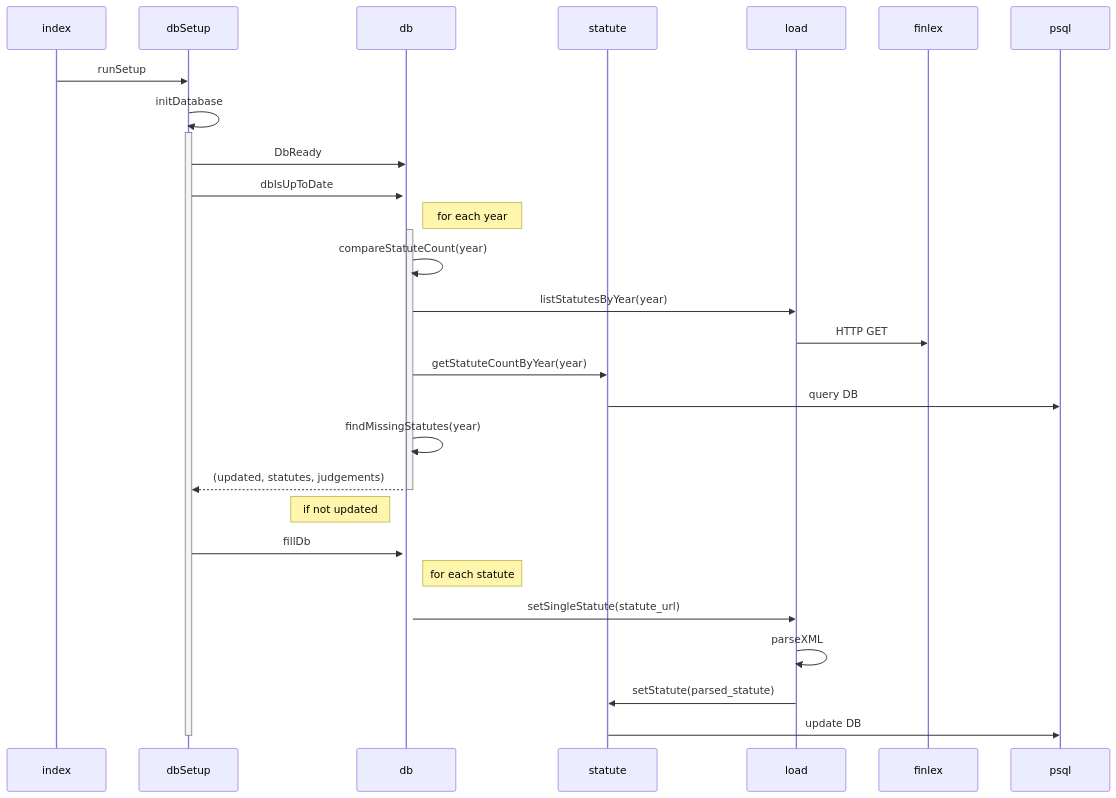
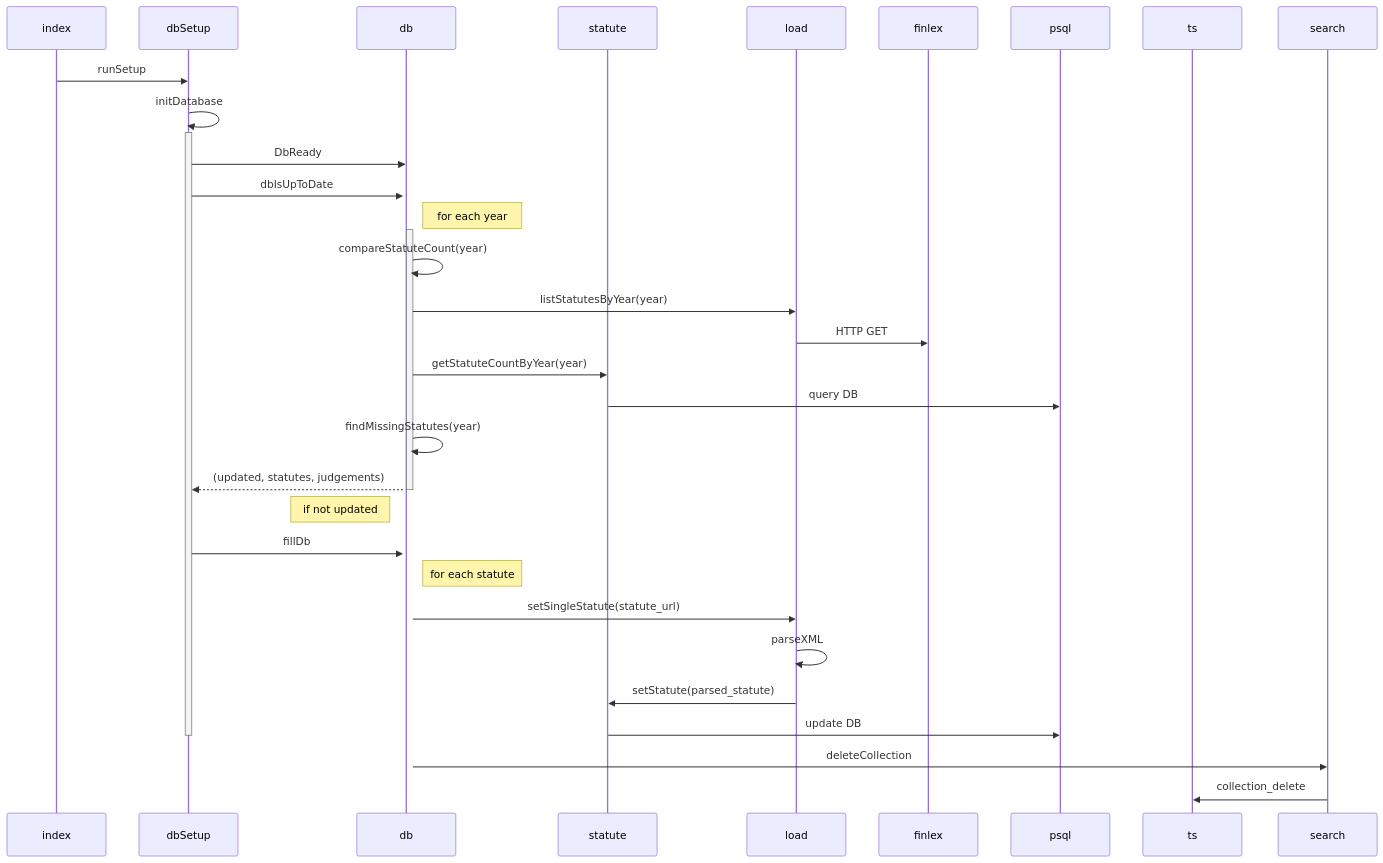
The first of 3 diagrams in README.md (mluukkai/poc), drawn with Mermaid before and after one commit.

Commit message:
Add participants and update flow in README

````diff
--- a/README.md
+++ b/README.md
@@ -1,35 +1,38 @@
 ```mermaid
 sequenceDiagram
   participant index
   participant dbSetup
   participant db
   participant statute
   participant load
   participant finlex
   participant psql
+  participant ts
 
   index ->> dbSetup: runSetup
   dbSetup ->> dbSetup: initDatabase
   activate dbSetup
   dbSetup ->> db: DbReady
   dbSetup ->>+ db: dbIsUpToDate
   Note right of db: for each year
   activate db
   db ->> db: compareStatuteCount(year)
   db ->> load: listStatutesByYear(year)
   load ->> finlex: HTTP GET
   db ->> statute: getStatuteCountByYear(year)
   statute ->> psql: query DB
   db ->> db: findMissingStatutes(year)
   db -->> dbSetup: (updated, statutes, judgements)
   deactivate db
   Note left of db: if not updated
   dbSetup ->> db: fillDb
   activate db
   Note right of db: for each statute
   db ->> load: setSingleStatute(statute_url)
   load ->> load: parseXML
   load ->> statute: setStatute(parsed_statute)
   statute ->> psql: update DB
   deactivate dbSetup
+  db ->> search: deleteCollection
+  search->>ts: collection_delete
 ```
````
